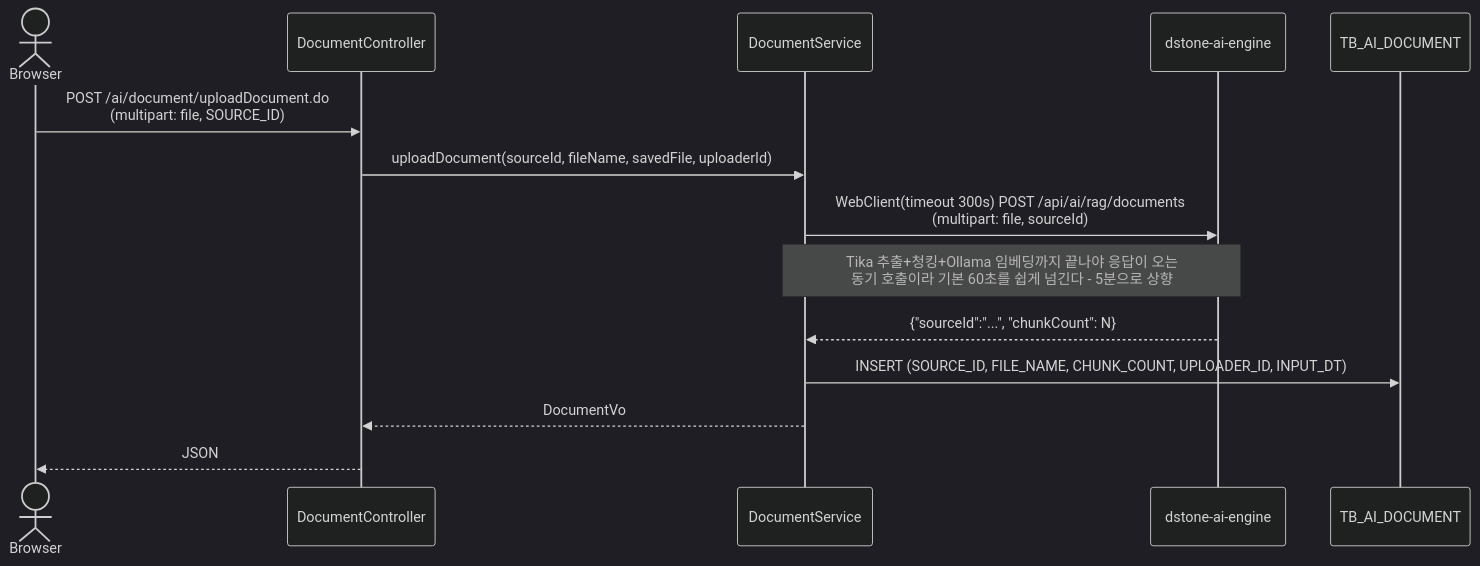
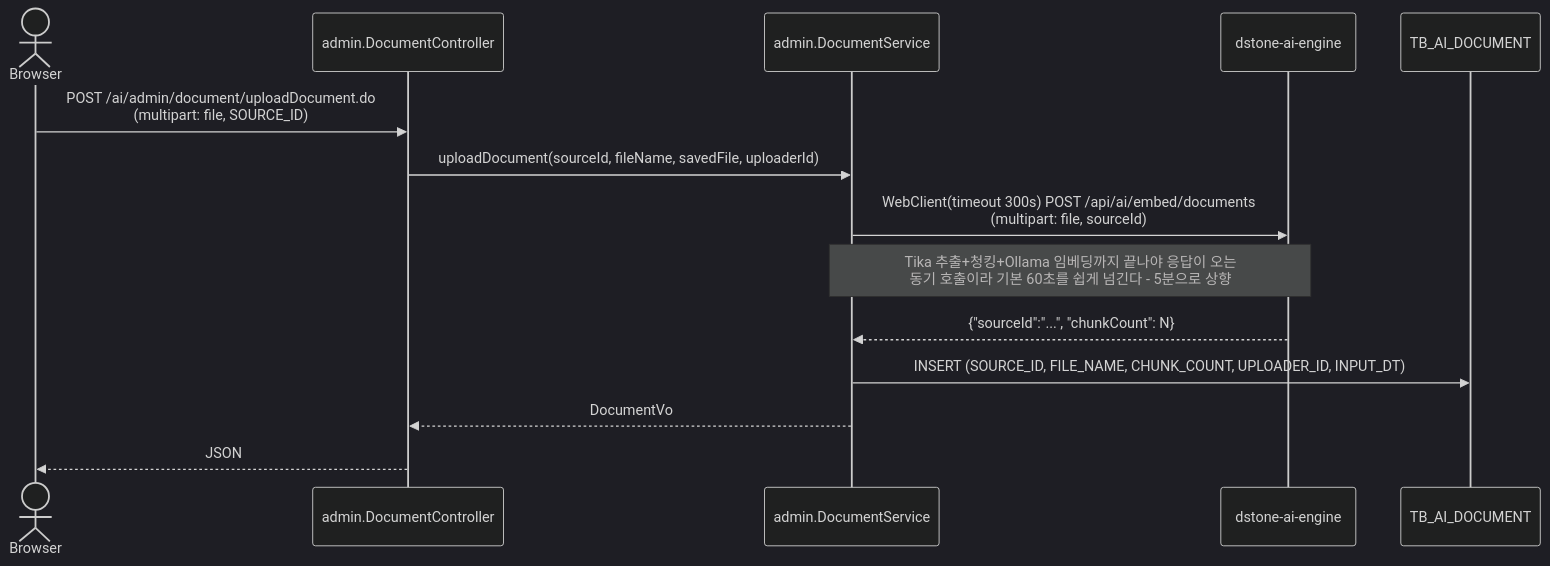
The fourth of 5 diagrams in docs/06.dstone-boot.md (YongSoekChoeng/dstone), drawn with Mermaid (dark theme) before and after one commit. The commit also changed other lines of this file and 53 other files, not shown here.

````diff
--- a/docs/06.dstone-boot.md
+++ b/docs/06.dstone-boot.md
@@ -377,17 +440,17 @@
 ```mermaid
 sequenceDiagram
     actor Browser
-    participant Ctrl as DocumentController
-    participant Svc as DocumentService
+    participant Ctrl as admin.DocumentController
+    participant Svc as admin.DocumentService
     participant Engine as dstone-ai-engine
     participant DB as TB_AI_DOCUMENT
 
-    Browser->>Ctrl: POST /ai/document/uploadDocument.do<br/>(multipart: file, SOURCE_ID)
+    Browser->>Ctrl: POST /ai/admin/document/uploadDocument.do<br/>(multipart: file, SOURCE_ID)
     Ctrl->>Svc: uploadDocument(sourceId, fileName, savedFile, uploaderId)
-    Svc->>Engine: WebClient(timeout 300s) POST /api/ai/rag/documents<br/>(multipart: file, sourceId)
+    Svc->>Engine: WebClient(timeout 300s) POST /api/ai/embed/documents<br/>(multipart: file, sourceId)
     Note over Svc,Engine: Tika 추출+청킹+Ollama 임베딩까지 끝나야 응답이 오는<br/>동기 호출이라 기본 60초를 쉽게 넘긴다 - 5분으로 상향
     Engine-->>Svc: {"sourceId":"...", "chunkCount": N}
     Svc->>DB: INSERT (SOURCE_ID, FILE_NAME, CHUNK_COUNT, UPLOADER_ID, INPUT_DT)
     Svc-->>Ctrl: DocumentVo
     Ctrl-->>Browser: JSON
 ```
````
